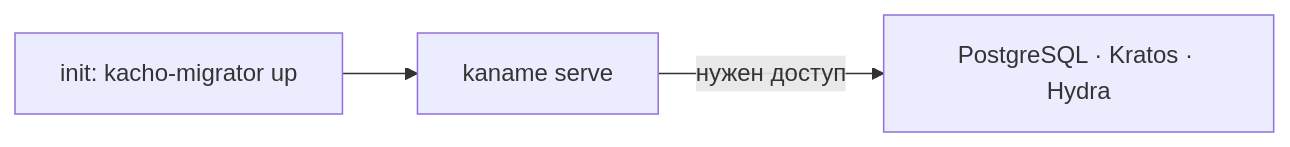
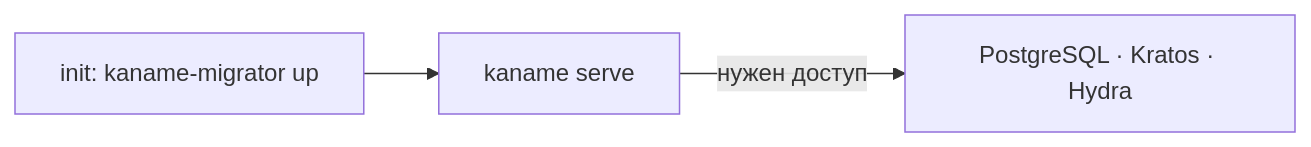
Before and after one commit to PRO-Robotech/kacho: the diagram in services/iam/docs/content/install/deploy.mdx, drawn with Mermaid. The commit also changed other lines of this file and 34 other files, not shown here.

````diff
--- a/services/iam/docs/content/install/deploy.mdx
+++ b/services/iam/docs/content/install/deploy.mdx
@@ -47,5 +47,5 @@
 ```mermaid
 flowchart LR
-  mig["init: kacho-migrator up"] --> app["kaname serve"]
+  mig["init: kaname-migrator up"] --> app["kaname serve"]
   app -->|"нужен доступ"| deps["PostgreSQL · Kratos · Hydra"]
 ```
````
